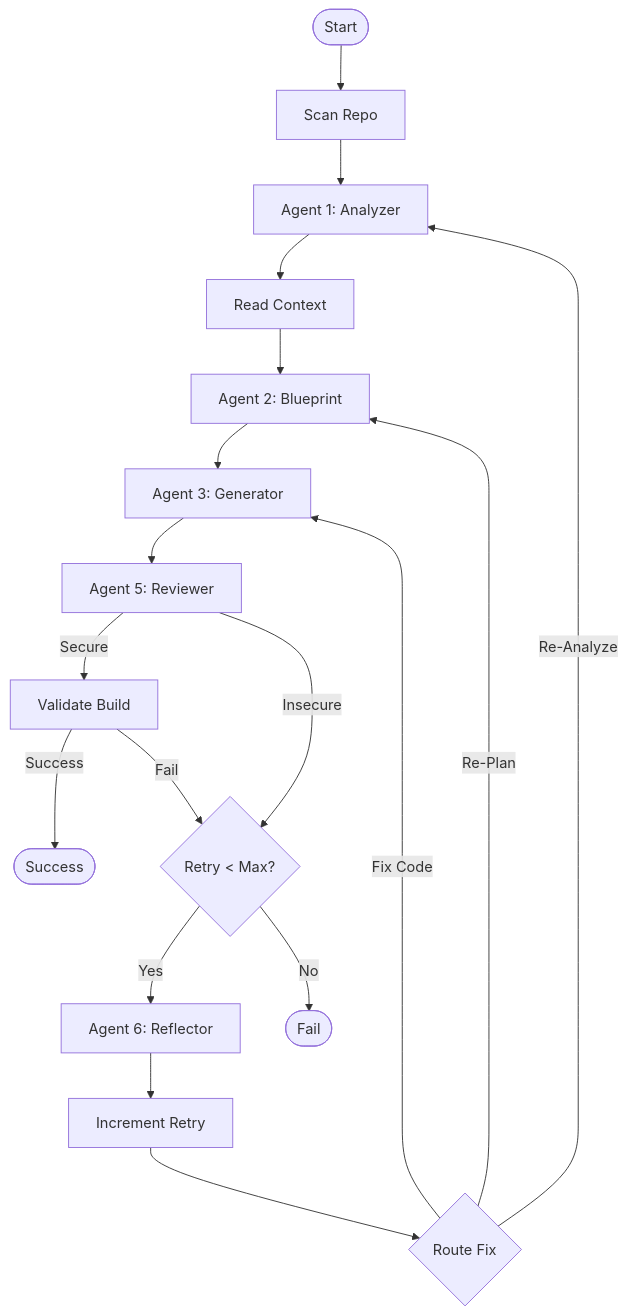
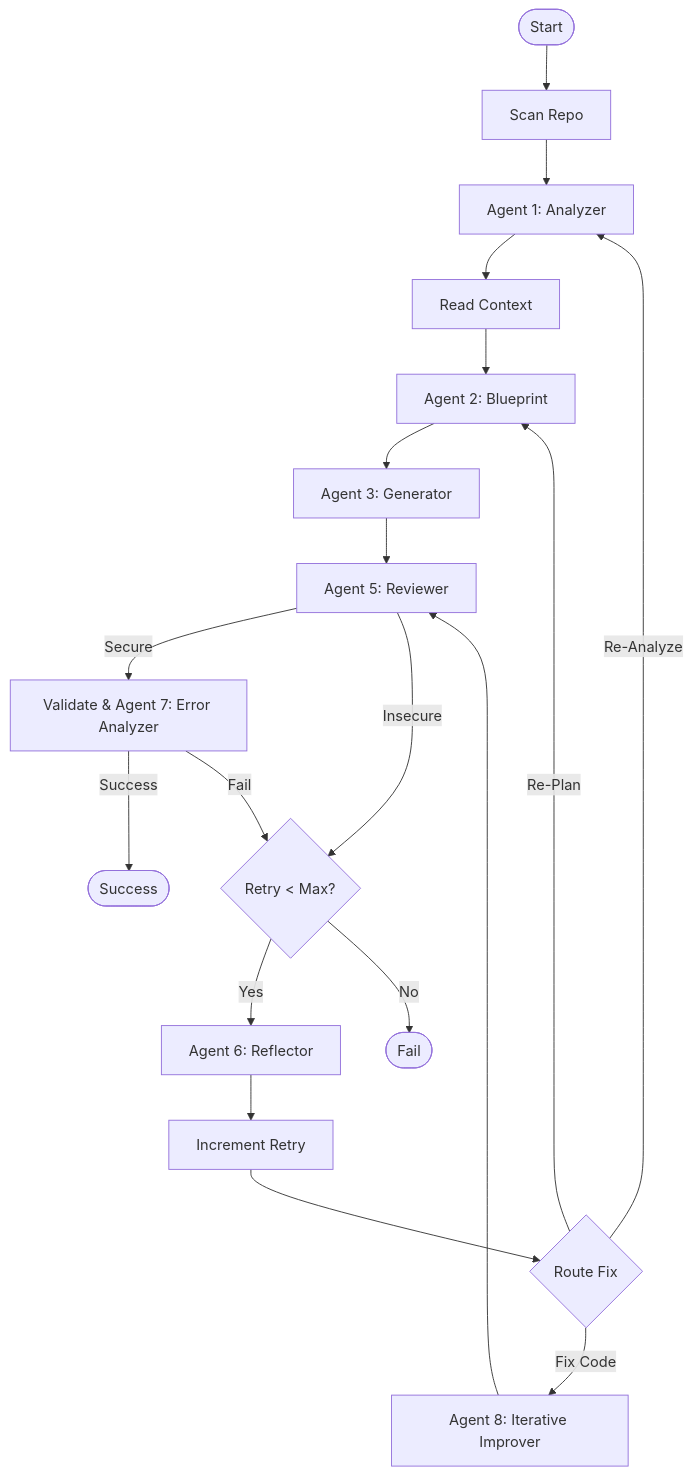
The diagram in README.md (actions-marketplace-validations/itzzjb_dockai), drawn with Mermaid before and after one commit. The commit also changed 1 other file, not shown here.

Commit message:
docs: update architecture diagrams to include Agent 7: Error Analyzer and Agent 8: Iterative Improver.

````diff
--- a/README.md
+++ b/README.md
@@ -60,25 +60,26 @@
 ```mermaid
 graph TD
     Start([Start]) --> Scan[Scan Repo]
     Scan --> Analyze[Agent 1: Analyzer]
     Analyze --> ReadFiles[Read Context]
     ReadFiles --> Blueprint[Agent 2: Blueprint]
     Blueprint --> Generate[Agent 3: Generator]
     Generate --> Review[Agent 5: Reviewer]
     
-    Review -->|Secure| Validate[Validate Build]
+    Review -->|Secure| Validate[Validate & Agent 7: Error Analyzer]
     Review -->|Insecure| CheckRetry{Retry < Max?}
     
     Validate -->|Success| End([Success])
     Validate -->|Fail| CheckRetry
     
     CheckRetry -->|Yes| Reflect[Agent 6: Reflector]
     CheckRetry -->|No| EndFail([Fail])
     
     Reflect --> IncRetry[Increment Retry]
     IncRetry --> Route{Route Fix}
     
     Route -->|Re-Analyze| Analyze
     Route -->|Re-Plan| Blueprint
-    Route -->|Fix Code| Generate
+    Route -->|Fix Code| Improver[Agent 8: Iterative Improver]
+    Improver --> Review
 ```
````
